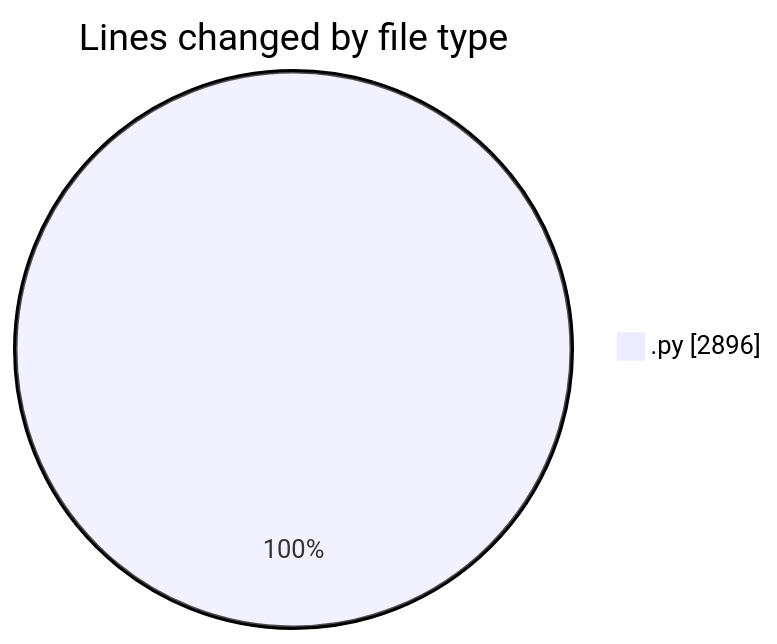
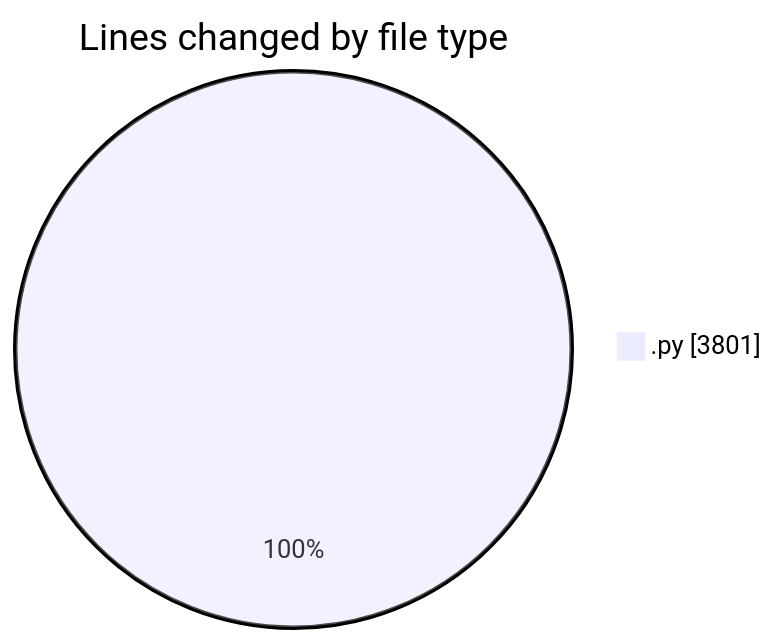
The first of 2 diagrams in 2025-11-24/eventscop-api-guide__workspace_/README.md (julien-gomy/code-tracking), drawn with Mermaid before and after one commit. The commit also changed other lines of this file and 1 other file, not shown here.

````diff
--- a/2025-11-24/eventscop-api-guide__workspace_/README.md
+++ b/2025-11-24/eventscop-api-guide__workspace_/README.md
@@ -25,5 +26,5 @@
 ```mermaid
 pie showData
 title Lines changed by file type
-".py" : 2896
+".py" : 3801
 ```
````
